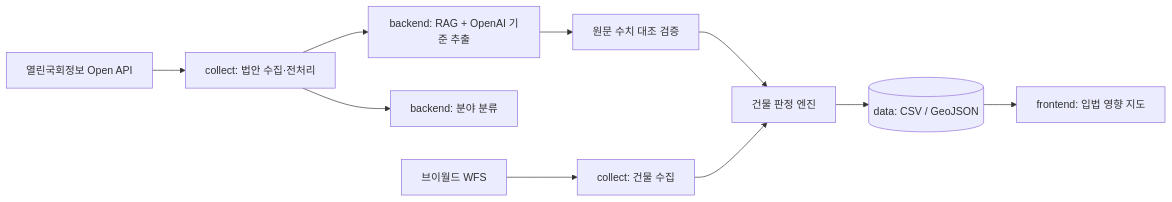
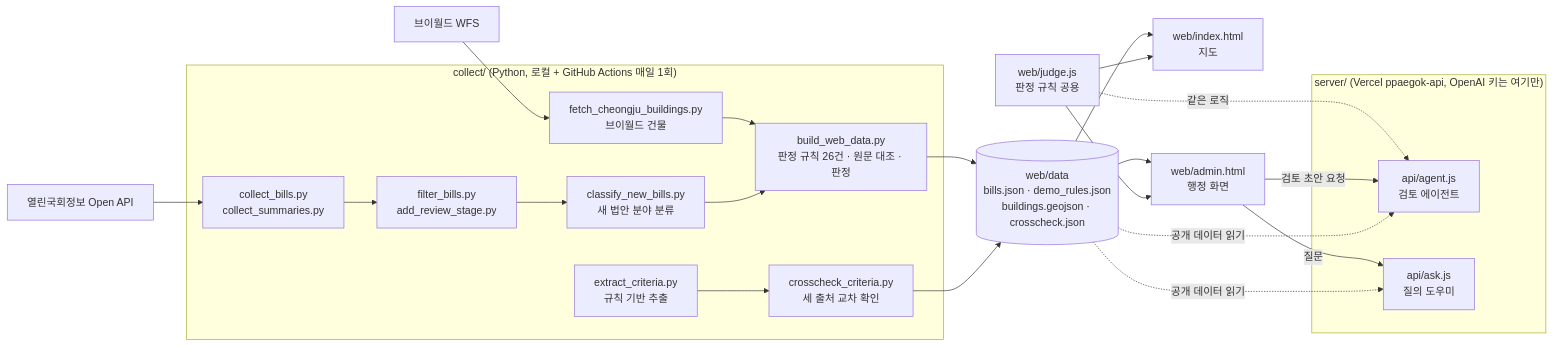
Before and after one commit to cbnu-lawmap/law-impact-map: the diagram in README.md, drawn with Mermaid. The commit also changed other lines of this file and 2 other files, not shown here.

First line of the commit message:
docs: README를 실제 구조대로 정리하고 빈 backend·frontend 폴더 삭제

````diff
--- a/README.md
+++ b/README.md
@@ -79,12 +83,25 @@
 ```mermaid
 flowchart LR
-A[열린국회정보 Open API] --> B[collect: 법안 수집·전처리]
-V[브이월드 WFS] --> C[collect: 건물 수집]
-B --> D[backend: 분야 분류]
-B --> E[backend: RAG + OpenAI 기준 추출]
-E --> F[원문 수치 대조 검증]
-F --> G[건물 판정 엔진]
-C --> G
-G --> H[(data: CSV / GeoJSON)]
-H --> I[frontend: 입법 영향 지도]
+  subgraph collect["collect/ (Python, 로컬 + GitHub Actions 매일 1회)"]
+    A1[collect_bills.py<br/>collect_summaries.py] --> A2[filter_bills.py<br/>add_review_stage.py]
+    A2 --> A3[classify_new_bills.py<br/>새 법안 분야 분류]
+    A4[fetch_cheongju_buildings.py<br/>브이월드 건물] --> B
+    A3 --> B[build_web_data.py<br/>판정 규칙 26건 · 원문 대조 · 판정]
+    C1[extract_criteria.py<br/>규칙 기반 추출] --> C2[crosscheck_criteria.py<br/>세 출처 교차 확인]
+  end
+  API[열린국회정보 Open API] --> A1
+  VW[브이월드 WFS] --> A4
+  B --> D[(web/data<br/>bills.json · demo_rules.json<br/>buildings.geojson · crosscheck.json)]
+  C2 --> D
+  D --> W1[web/index.html<br/>지도]
+  D --> W2[web/admin.html<br/>행정 화면]
+  J[web/judge.js<br/>판정 규칙 공용] --> W1 & W2
+  J -. 같은 로직 .-> S2
+  subgraph server["server/ (Vercel ppaegok-api, OpenAI 키는 여기만)"]
+    S1[api/ask.js<br/>질의 도우미]
+    S2[api/agent.js<br/>검토 에이전트]
+  end
+  W2 -- 질문 --> S1
+  W2 -- 검토 초안 요청 --> S2
+  D -. 공개 데이터 읽기 .-> S1 & S2
 ```
````
